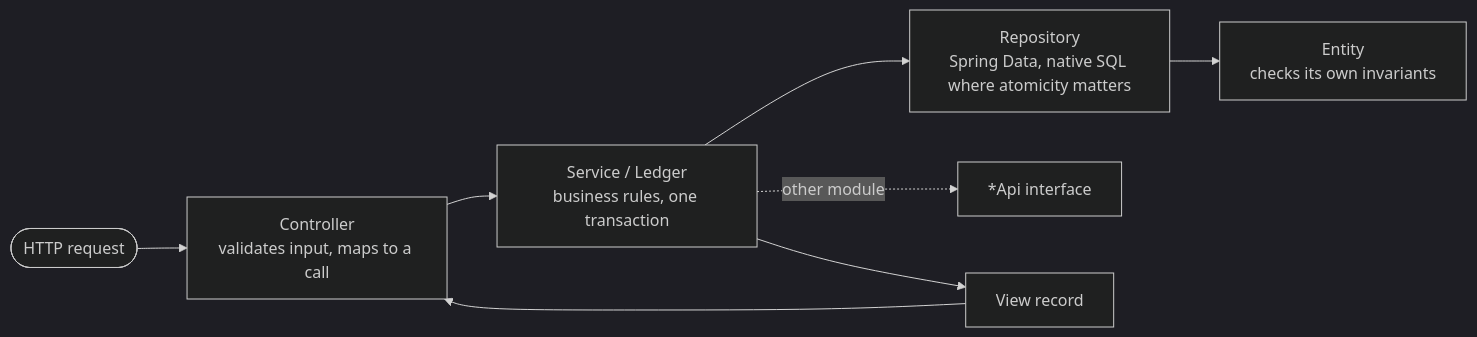
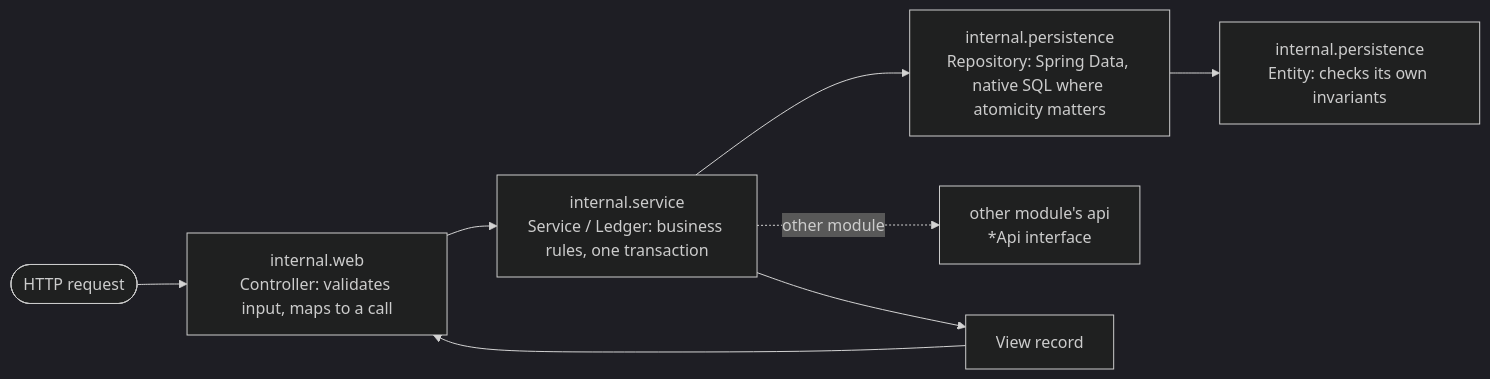
One commit to kyledelfin2006/ausan-poultry-system changed the third of 4 diagrams in docs/architecture/overview.md. Above: the diagram before and after it, drawn with Mermaid (dark theme). The commit also changed other lines of this file and 6 other files, not shown here.

Commit message:
Document the api and internal package layout (ADR 0007)

````diff
--- a/docs/architecture/overview.md
+++ b/docs/architecture/overview.md
@@ -86,10 +113,10 @@
 ```mermaid
 flowchart LR
-    http([HTTP request]) --> controller["Controller<br/>validates input, maps to a call"]
-    controller --> service["Service / Ledger<br/>business rules, one transaction"]
-    service --> repo["Repository<br/>Spring Data, native SQL where atomicity matters"]
-    repo --> entity["Entity<br/>checks its own invariants"]
-    service -. "other module" .-> api["*Api interface"]
+    http([HTTP request]) --> controller["internal.web<br/>Controller: validates input, maps to a call"]
+    controller --> service["internal.service<br/>Service / Ledger: business rules, one transaction"]
+    service --> repo["internal.persistence<br/>Repository: Spring Data, native SQL where atomicity matters"]
+    repo --> entity["internal.persistence<br/>Entity: checks its own invariants"]
+    service -. "other module" .-> api["other module's api<br/>*Api interface"]
     service --> view["View record"]
     view --> controller
 ```
````
